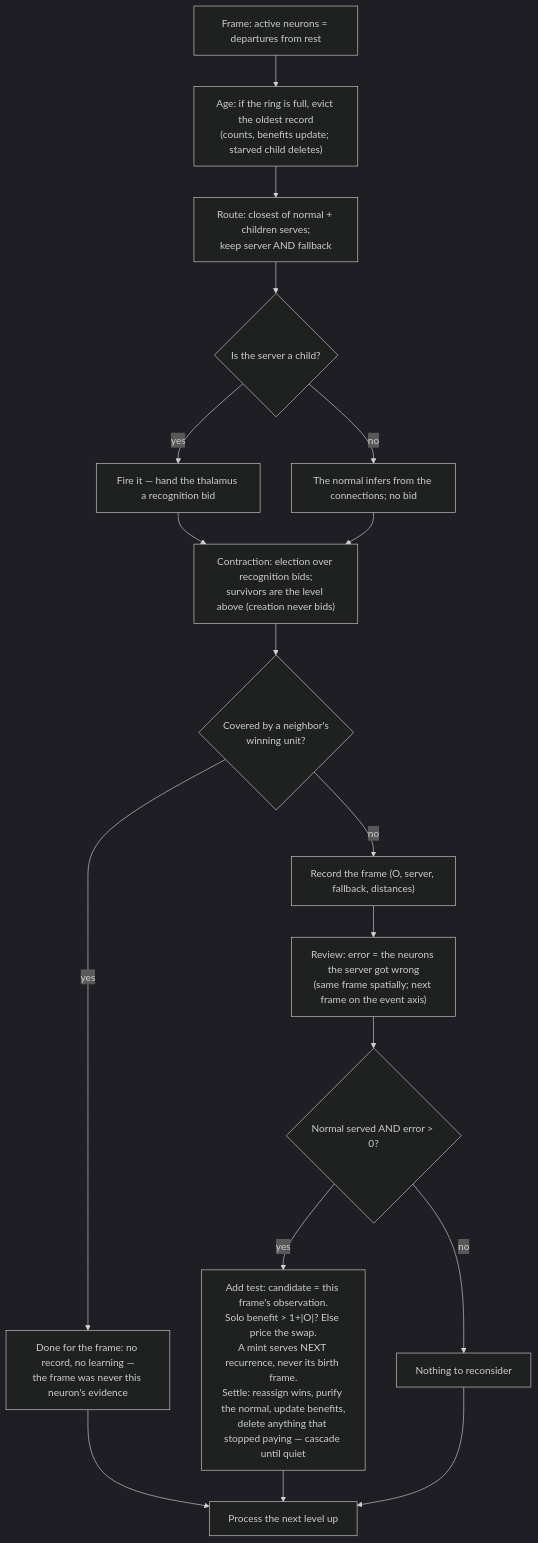
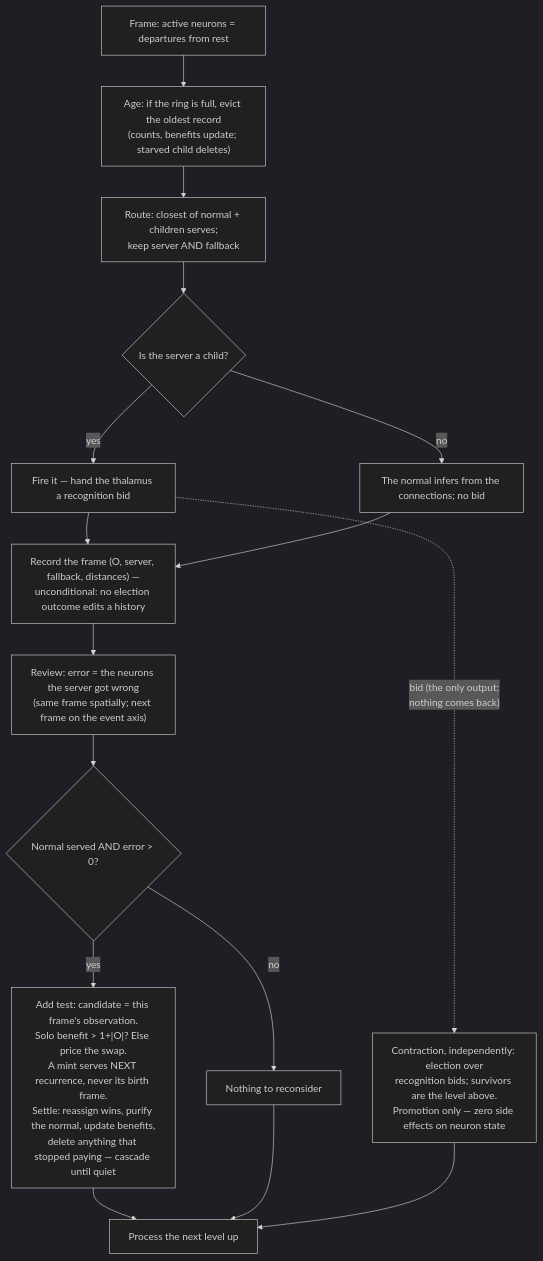
Before and after one commit to cucar/robot_brain: the diagram in docs/algorithm.md, drawn with Mermaid (dark theme). The commit also changed other lines of this file, not shown here.

````diff
--- a/docs/algorithm.md
+++ b/docs/algorithm.md
@@ -683,20 +689,18 @@
 ```mermaid
 flowchart TD
     A["Frame: active neurons = departures from rest"] --> B["Age: if the ring is full, evict the oldest record<br/>(counts, benefits update; starved child deletes)"]
     B --> C["Route: closest of normal + children serves;<br/>keep server AND fallback"]
     C --> D{"Is the server a child?"}
     D -->|yes| E["Fire it — hand the thalamus a recognition bid"]
     D -->|no| F["The normal infers from the connections; no bid"]
-    E --> G["Contraction: election over recognition bids;<br/>survivors are the level above (creation never bids)"]
-    F --> G
-    G --> H{"Covered by a neighbor's<br/>winning unit?"}
-    H -->|yes| I["Done for the frame: no record, no learning —<br/>the frame was never this neuron's evidence"]
-    H -->|no| J["Record the frame (O, server, fallback, distances)"]
+    E --> J["Record the frame (O, server, fallback, distances) —<br/>unconditional: no election outcome edits a history"]
+    F --> J
+    E -.->|"bid (the only output;<br/>nothing comes back)"| X["Contraction, independently: election over<br/>recognition bids; survivors are the level above.<br/>Promotion only — zero side effects on neuron state"]
     J --> K["Review: error = the neurons the server got wrong<br/>(same frame spatially; next frame on the event axis)"]
     K --> L{"Normal served AND error > 0?"}
     L -->|yes| M["Add test: candidate = this frame's observation.<br/>Solo benefit > 1+|O|? Else price the swap.<br/>A mint serves NEXT recurrence, never its birth frame.<br/>Settle: reassign wins, purify the normal, update benefits,<br/>delete anything that stopped paying — cascade until quiet"]
     L -->|no| N["Nothing to reconsider"]
-    I --> O["Process the next level up"]
-    M --> O
+    M --> O["Process the next level up"]
     N --> O
+    X --> O
 ```
````
